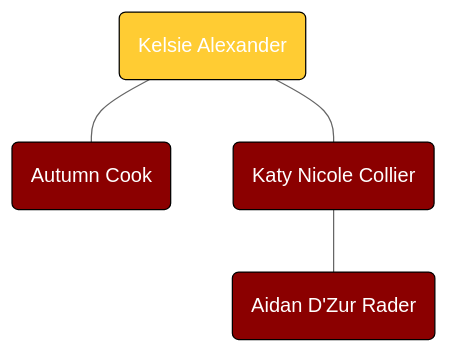
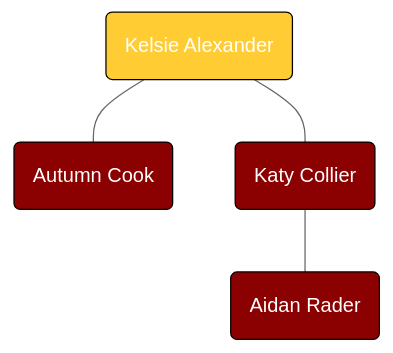
Before and after one commit to gianlezotte/familytree: the diagram in Kelsie Alexander’s Line.md, drawn with Mermaid (neutral theme). The commit also changed 19 other files, not shown here.

````diff
--- a/Kelsie Alexander’s Line.md
+++ b/Kelsie Alexander’s Line.md
@@ -1,14 +1,14 @@
 ```mermaid
 flowchart TD
 
 %% Colors %%
 
-classDef blue fill:#8B0000,stroke:#000,color:#FFF
-classDef green fill:#FFCC33,stroke:#000,color:#FFF
+classDef red fill:#8B0000,stroke:#000,color:#FFF
+classDef gold fill:#FFCC33,stroke:#000,color:#FFF
 
 %% Kelsie Alexander's Line %%
-M213(Kelsie Alexander):::green---M252 & M269
-M252(Autumn Cook):::blue
-M269(Katy Nicole Collier):::blue
-M269---M309(Aidan D'Zur Rader):::blue
+M213(Kelsie Alexander):::gold---M252 & M269
+M252(Autumn Cook):::red
+M269(Katy Collier):::red
+M269---M309(Aidan Rader):::red
 ```
````
